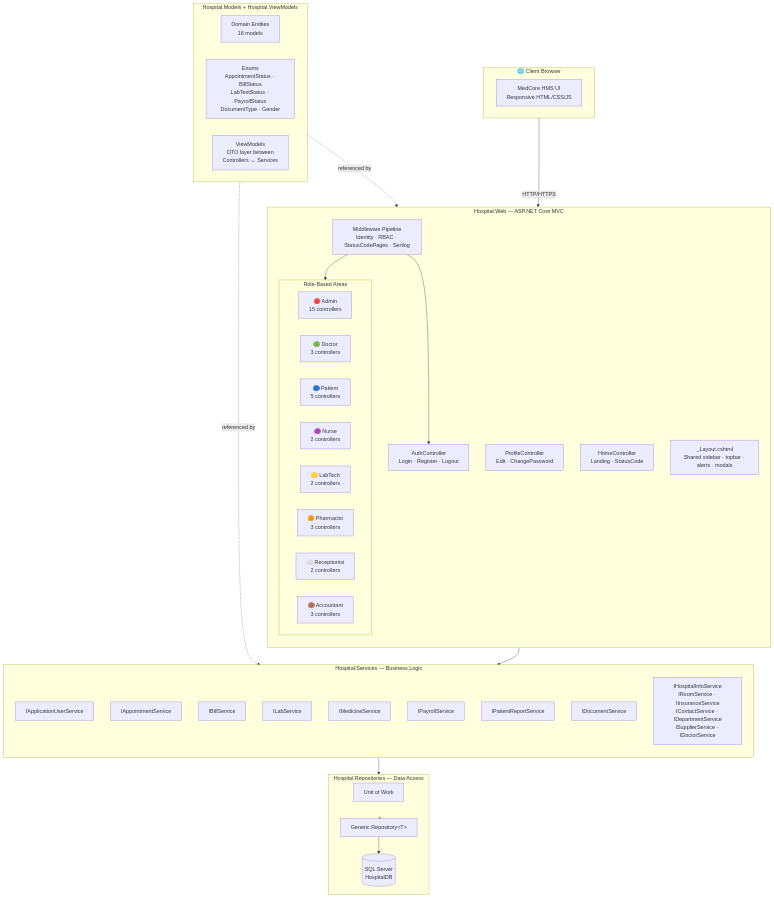
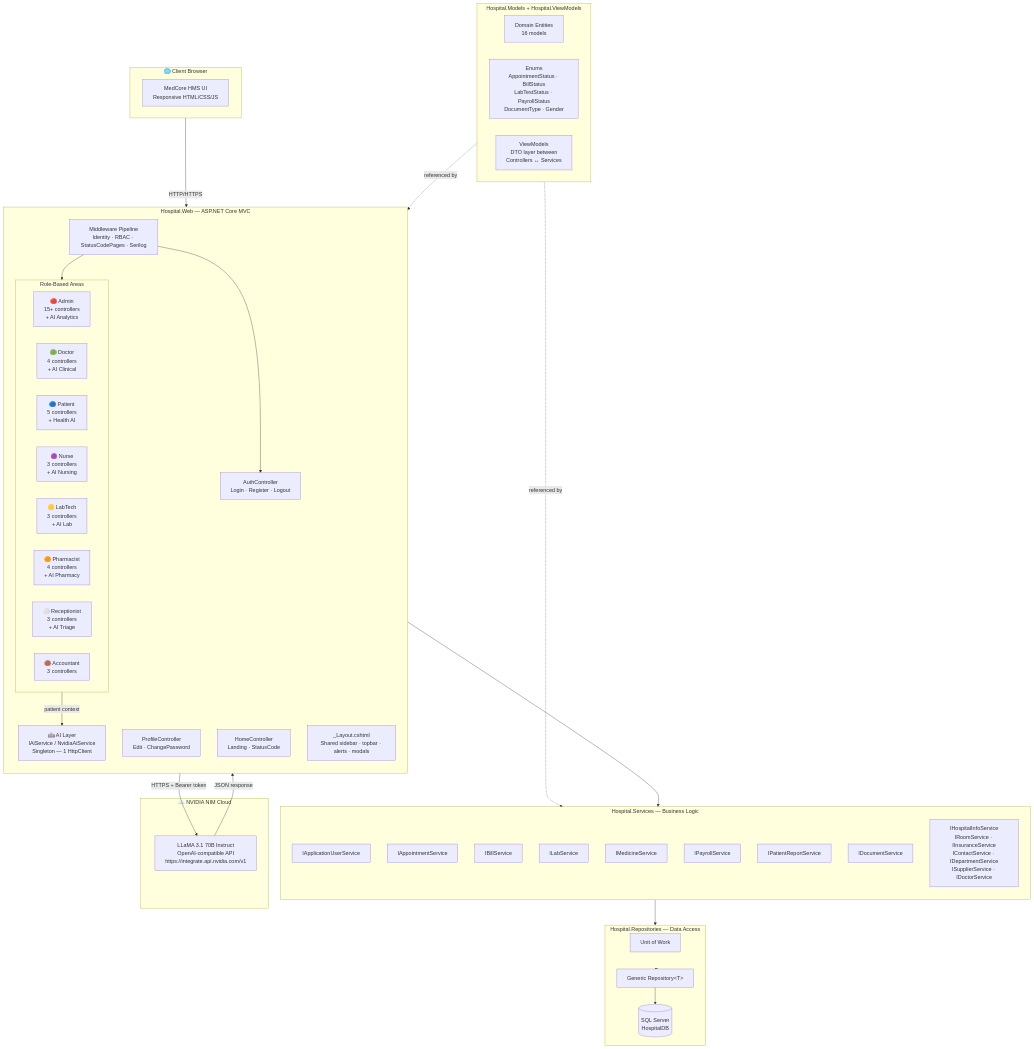
The second of 10 diagrams in README.md (regvedpande/EnterpriseHospitalManagementSystem), drawn with Mermaid before and after one commit. The commit also changed other lines of this file and 15 other files, not shown here.

````diff
--- a/README.md
+++ b/README.md
@@ -74,63 +209,71 @@
 ```mermaid
 graph TB
     subgraph Browser["🌐 Client Browser"]
         UI[MedCore HMS UI\nResponsive HTML/CSS/JS]
     end
 
     subgraph WebLayer["Hospital.Web — ASP.NET Core MVC"]
         direction TB
         Auth[AuthController\nLogin · Register · Logout]
         Profile[ProfileController\nEdit · ChangePassword]
         Home[HomeController\nLanding · StatusCode]
 
         subgraph Areas["Role-Based Areas"]
             direction LR
-            Admin["🔴 Admin\n15 controllers"]
-            Doctor["🟢 Doctor\n3 controllers"]
-            Patient["🔵 Patient\n5 controllers"]
-            Nurse["🟣 Nurse\n2 controllers"]
-            LabTech["🟡 LabTech\n2 controllers"]
-            Pharma["🟠 Pharmacist\n3 controllers"]
-            Recept["⚪ Receptionist\n2 controllers"]
+            Admin["🔴 Admin\n15+ controllers\n+ AI Analytics"]
+            Doctor["🟢 Doctor\n4 controllers\n+ AI Clinical"]
+            Patient["🔵 Patient\n5 controllers\n+ Health AI"]
+            Nurse["🟣 Nurse\n3 controllers\n+ AI Nursing"]
+            LabTech["🟡 LabTech\n3 controllers\n+ AI Lab"]
+            Pharma["🟠 Pharmacist\n4 controllers\n+ AI Pharmacy"]
+            Recept["⚪ Receptionist\n3 controllers\n+ AI Triage"]
             Account["🟤 Accountant\n3 controllers"]
         end
 
+        AI["🤖 AI Layer\nIAiService / NvidiaAiService\nSingleton — 1 HttpClient"]
         Layout[_Layout.cshtml\nShared sidebar · topbar · alerts · modals]
         Middleware[Middleware Pipeline\nIdentity · RBAC · StatusCodePages · Serilog]
+    end
+
+    subgraph NvidiaCloud["☁️ NVIDIA NIM Cloud"]
+        NIM[LLaMA 3.1 70B Instruct\nOpenAI-compatible API\nhttps://integrate.api.nvidia.com/v1]
     end
 
     subgraph Services["Hospital.Services — Business Logic"]
         direction TB
         IS[IApplicationUserService]
         IAS[IAppointmentService]
         IBS[IBillService]
         ILS[ILabService]
         IMS[IMedicineService]
         IPS[IPayrollService]
         IRS[IPatientReportService]
         IDS[IDocumentService]
         IOther[IHospitalInfoService\nIRoomService · IInsuranceService\nIContactService · IDepartmentService\nISupplierService · IDoctorService]
     end
 
     subgraph Repos["Hospital.Repositories — Data Access"]
         UoW[Unit of Work]
         GR[Generic Repository&lt;T&gt;]
         DB[(SQL Server\nHospitalDB)]
     end
 
     subgraph Models["Hospital.Models + Hospital.ViewModels"]
         Entities[Domain Entities\n16 models]
         Enums[Enums\nAppointmentStatus · BillStatus\nLabTestStatus · PayrollStatus\nDocumentType · Gender]
         VMs[ViewModels\nDTO layer between\nControllers ↔ Services]
     end
 
     Browser -->|HTTP/HTTPS| Middleware
     Middleware --> Auth
     Middleware --> Areas
     Areas --> Services
+    Areas -->|patient context| AI
+    AI -->|HTTPS + Bearer token| NIM
+    NIM -->|JSON response| AI
     Services --> Repos
     Repos --> GR
     GR --> DB
     Models -.->|referenced by| Services
     Models -.->|referenced by| Areas
 ```
````
